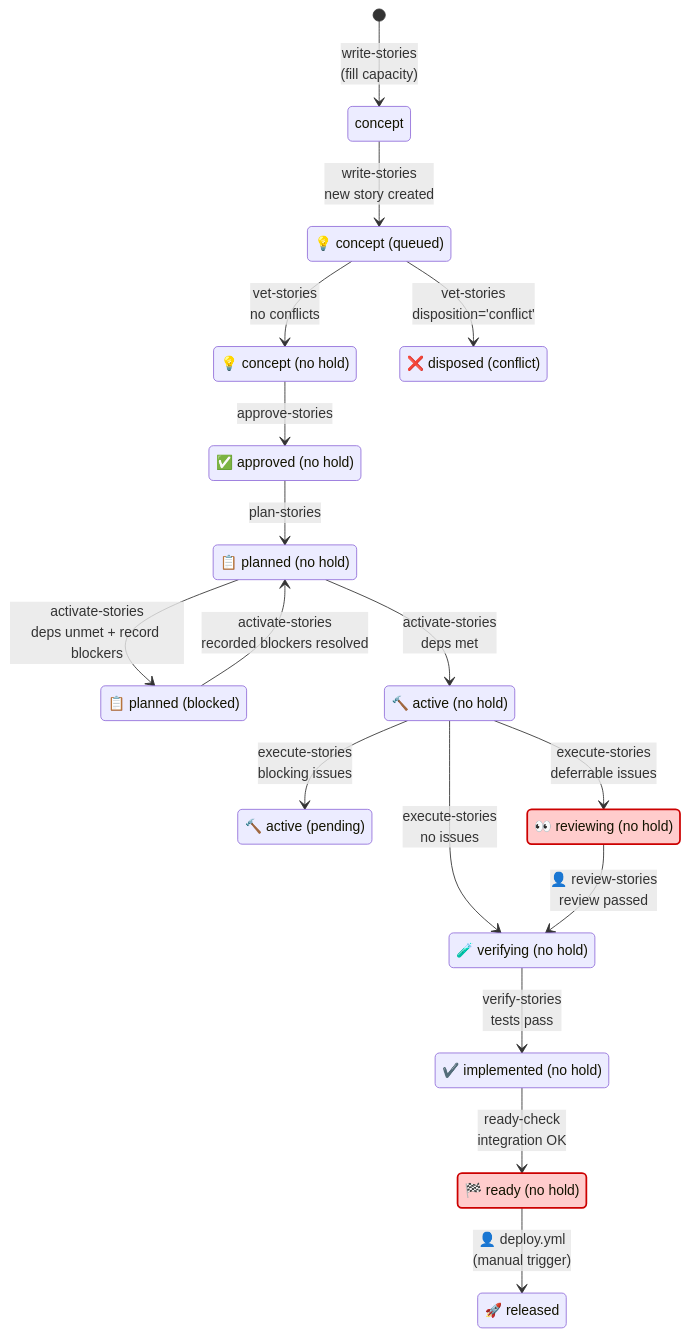
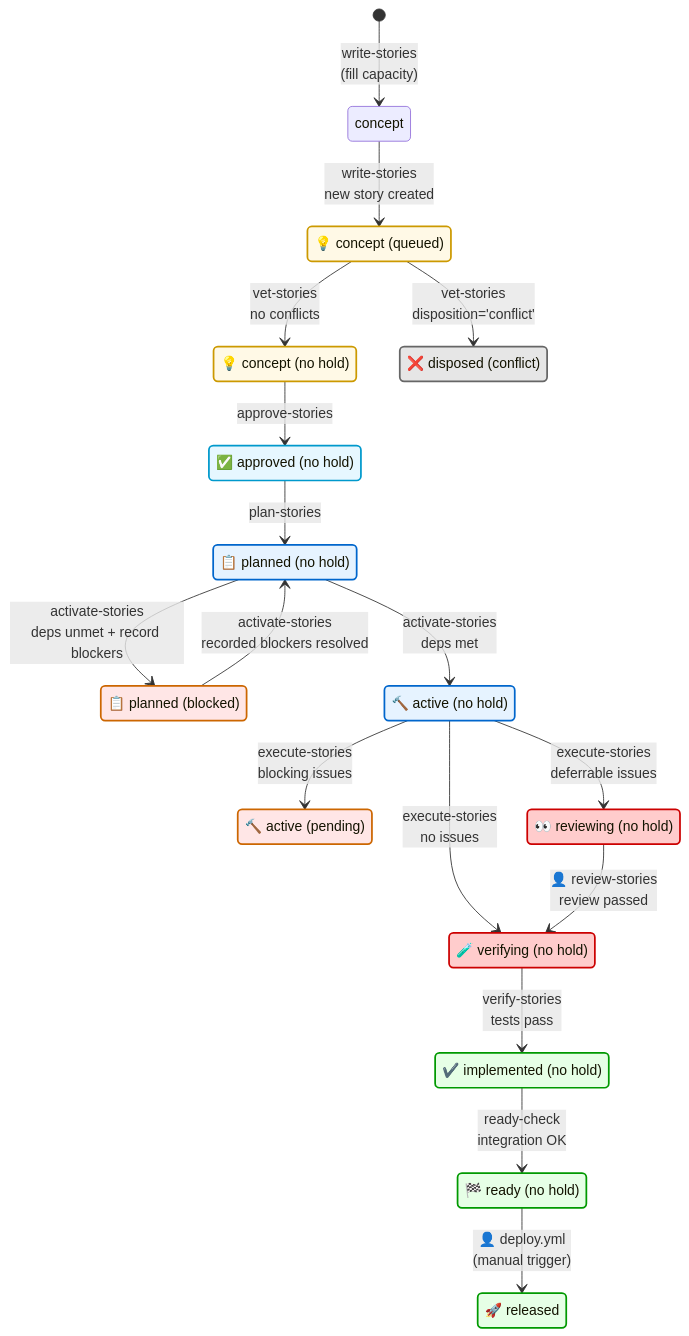
One commit to Mharbulous/SyncoPaid changed the first of 4 diagrams in .claude/skills/story-tree/references/orchestrator-workflow-complete.md. Above: the diagram before and after it, drawn with Mermaid. The commit also changed other lines of this file, not shown here.

Commit message:
FIX:  Complete Orchestrator Loop Structure (mermaid syntax issues)

````diff
--- a/.claude/skills/story-tree/references/orchestrator-workflow-complete.md
+++ b/.claude/skills/story-tree/references/orchestrator-workflow-complete.md
@@ -29,50 +29,63 @@
 ```mermaid
 stateDiagram-v2
     direction TB
 
     [*] --> concept: write-stories<br/>(fill capacity)
 
     state "💡 concept (queued)" as CONCEPT_QUEUED
     state "💡 concept (no hold)" as CONCEPT
     state "✅ approved (no hold)" as APPROVED
     state "📋 planned (no hold)" as PLANNED
     state "📋 planned (blocked)" as PLANNED_BLOCKED
     state "🔨 active (no hold)" as ACTIVE
     state "🔨 active (pending)" as ACTIVE_PENDING
     state "👀 reviewing (no hold)" as REVIEWING
     state "🧪 verifying (no hold)" as VERIFYING
     state "✔️ implemented (no hold)" as IMPLEMENTED
     state "🏁 ready (no hold)" as READY
     state "🚀 released" as RELEASED
     state "❌ disposed (conflict)" as DISPOSED
 
     concept --> CONCEPT_QUEUED: write-stories<br/>new story created
 
     CONCEPT_QUEUED --> CONCEPT: vet-stories<br/>no conflicts
     CONCEPT_QUEUED --> DISPOSED: vet-stories<br/>disposition='conflict'
 
     CONCEPT --> APPROVED: approve-stories
 
     APPROVED --> PLANNED: plan-stories
 
     PLANNED --> ACTIVE: activate-stories<br/>deps met
     PLANNED --> PLANNED_BLOCKED: activate-stories<br/>deps unmet + record blockers
     PLANNED_BLOCKED --> PLANNED: activate-stories<br/>recorded blockers resolved
 
     ACTIVE --> REVIEWING: execute-stories<br/>deferrable issues
     ACTIVE --> VERIFYING: execute-stories<br/>no issues
     ACTIVE --> ACTIVE_PENDING: execute-stories<br/>blocking issues
 
     REVIEWING --> VERIFYING: 👤 review-stories<br/>review passed
 
     VERIFYING --> IMPLEMENTED: verify-stories<br/>tests pass
 
     IMPLEMENTED --> READY: ready-check<br/>integration OK
 
     READY --> RELEASED: 👤 deploy.yml<br/>(manual trigger)
 
-    %% Styling for human-required transitions
-    classDef humanRequired fill:#ffcccc,stroke:#cc0000,stroke-width:2px
-    class REVIEWING humanRequired
-    class READY humanRequired
+    %% Semantic class definitions for stage types
+    classDef conceptStage fill:#fff9e6,stroke:#cc9900,stroke-width:2px
+    classDef approvedStage fill:#e6f7ff,stroke:#0099cc,stroke-width:2px
+    classDef workingStage fill:#e6f3ff,stroke:#0066cc,stroke-width:2px
+    classDef reviewStage fill:#ffcccc,stroke:#cc0000,stroke-width:2px
+    classDef doneStage fill:#e6ffe6,stroke:#009900,stroke-width:2px
+    classDef blockedStage fill:#ffe6e6,stroke:#cc6600,stroke-width:2px
+    classDef disposedStage fill:#e6e6e6,stroke:#666666,stroke-width:2px
+
+    %% Apply classes to states by stage type
+    class CONCEPT_QUEUED,CONCEPT conceptStage
+    class APPROVED approvedStage
+    class PLANNED,ACTIVE workingStage
+    class PLANNED_BLOCKED,ACTIVE_PENDING blockedStage
+    class REVIEWING,VERIFYING reviewStage
+    class IMPLEMENTED,READY,RELEASED doneStage
+    class DISPOSED disposedStage
 ```
````
